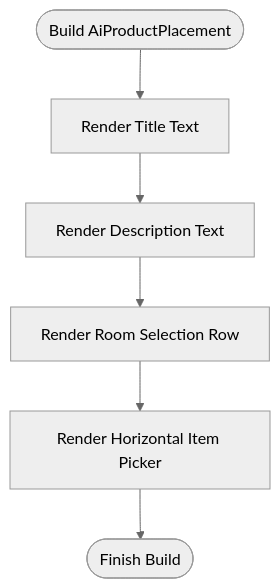
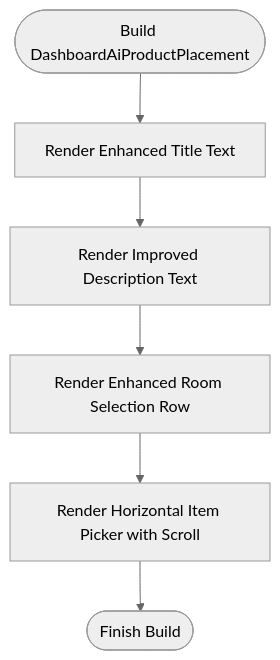
Before and after one commit to Ariful3111/FurniGo: diagram 11 of 13 in .qoder/repowiki/en/content/Core Features/AI Design Services/Design Customization and Preview.md, drawn with Mermaid (neutral theme). The commit also changed other lines of this file and 67 other files, not shown here.

````diff
--- a/.qoder/repowiki/en/content/Core Features/AI Design Services/Design Customization and Preview.md
+++ b/.qoder/repowiki/en/content/Core Features/AI Design Services/Design Customization and Preview.md
@@ -323,8 +437,8 @@
 ```mermaid
 flowchart TD
-Start(["Build AiProductPlacement"]) --> Title["Render Title Text"]
-Title --> Subtitle["Render Description Text"]
-Subtitle --> RoomRow["Render Room Selection Row"]
-RoomRow --> ItemPicker["Render Horizontal Item Picker"]
+Start(["Build DashboardAiProductPlacement"]) --> Title["Render Enhanced Title Text"]
+Title --> Description["Render Improved Description Text"]
+Description --> RoomRow["Render Enhanced Room Selection Row"]
+RoomRow --> ItemPicker["Render Horizontal Item Picker with Scroll"]
 ItemPicker --> End(["Finish Build"])
 ```
````
